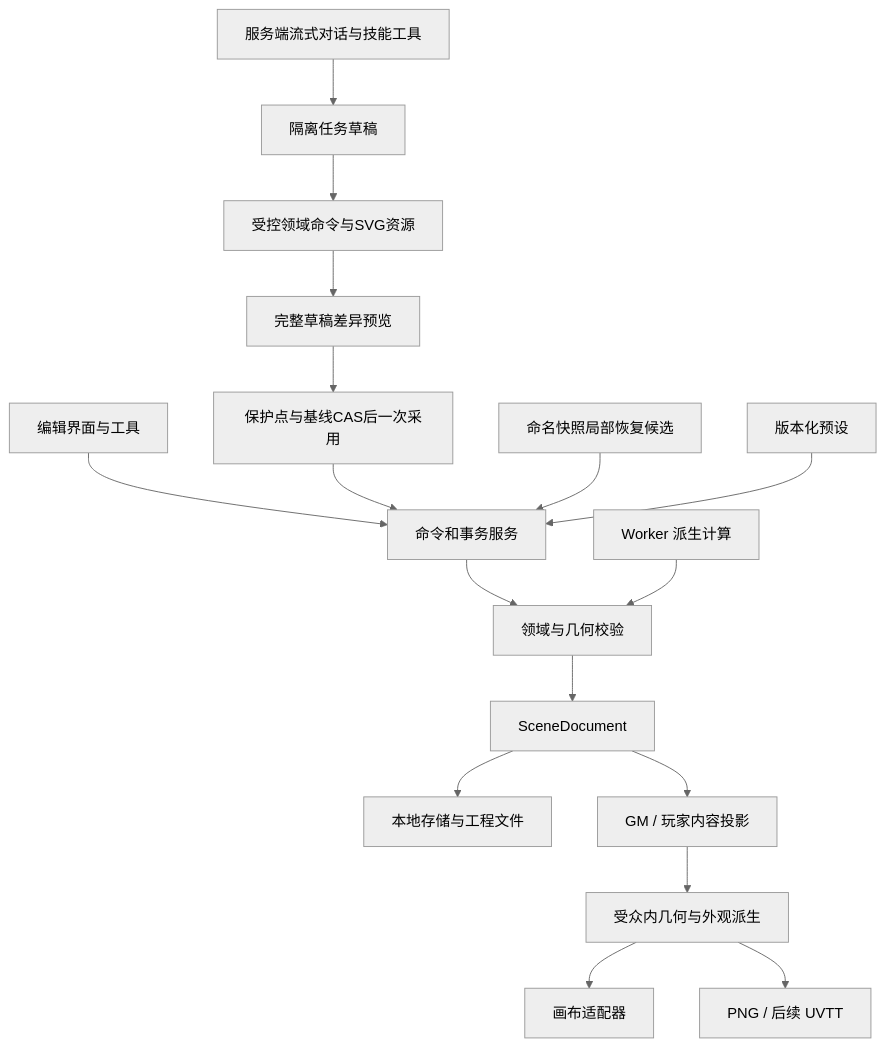
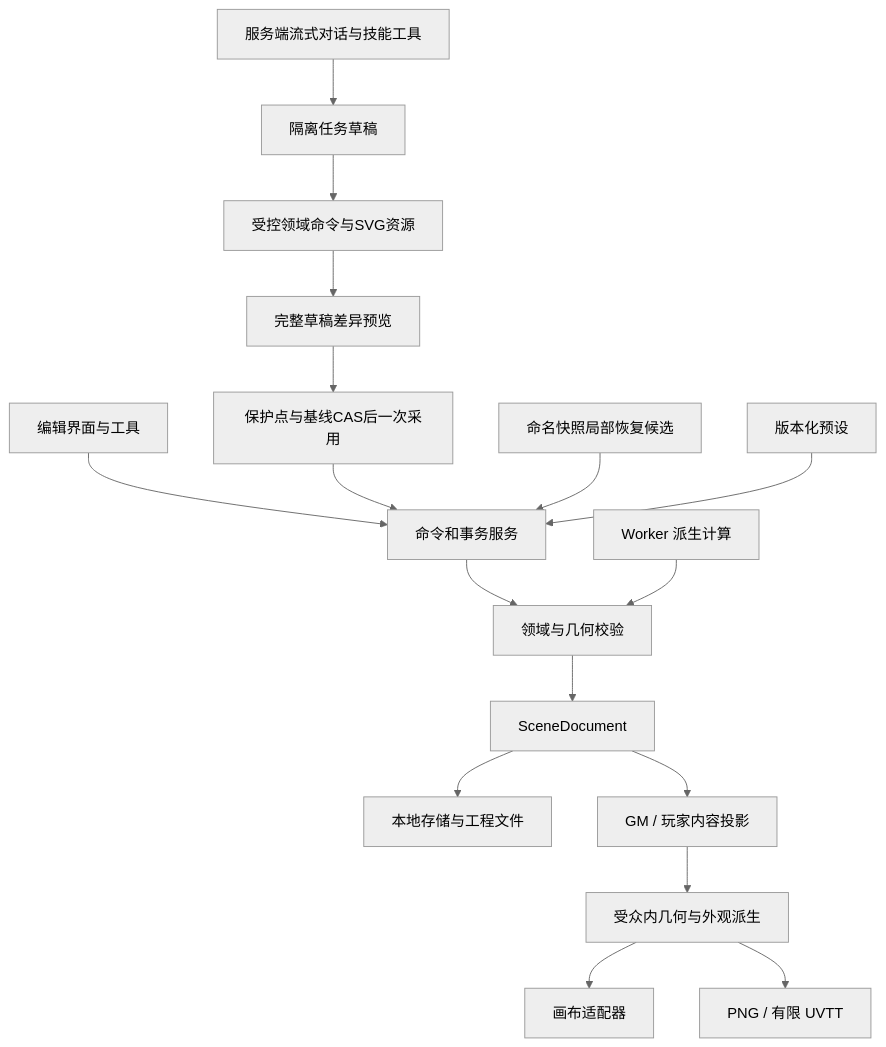
The diagram in docs/reference/editor-and-architecture.md (WoJiSama/sceneweave), drawn with Mermaid (neutral theme) before and after one commit. The commit also changed other lines of this file and 330 other files, not shown here.

````diff
--- a/docs/reference/editor-and-architecture.md
+++ b/docs/reference/editor-and-architecture.md
@@ -596,19 +604,19 @@
 ```mermaid
 flowchart TD
     UI[编辑界面与工具] --> CMD[命令和事务服务]
     AI[服务端流式对话与技能工具] --> DRAFT[隔离任务草稿]
     DRAFT --> ASSET[受控领域命令与SVG资源]
     ASSET --> PREVIEW[完整草稿差异预览]
     PREVIEW --> ADOPT[保护点与基线CAS后一次采用]
     ADOPT --> CMD
     RESTORE[命名快照局部恢复候选] --> CMD
     CMD --> VALIDATE[领域与几何校验]
     VALIDATE --> DOC[SceneDocument]
     DOC --> SAVE[本地存储与工程文件]
     DOC --> PROJECT[GM / 玩家内容投影]
     PROJECT --> DERIVE[受众内几何与外观派生]
     DERIVE --> VIEW[画布适配器]
-    DERIVE --> EXPORT[PNG / 后续 UVTT]
+    DERIVE --> EXPORT[PNG / 有限 UVTT]
     PRESET[版本化预设] --> CMD
     WORKER[Worker 派生计算] --> VALIDATE
 ```
````
